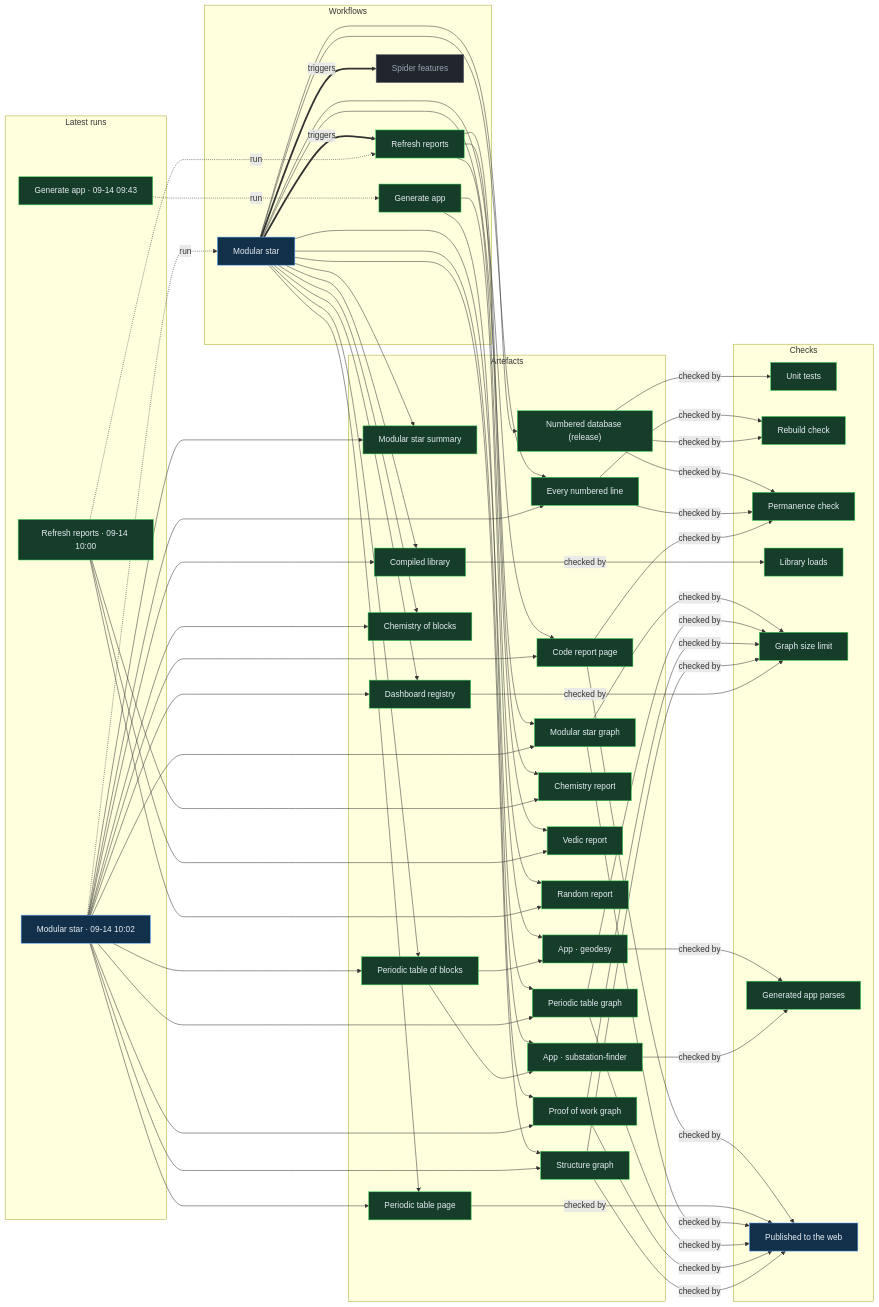
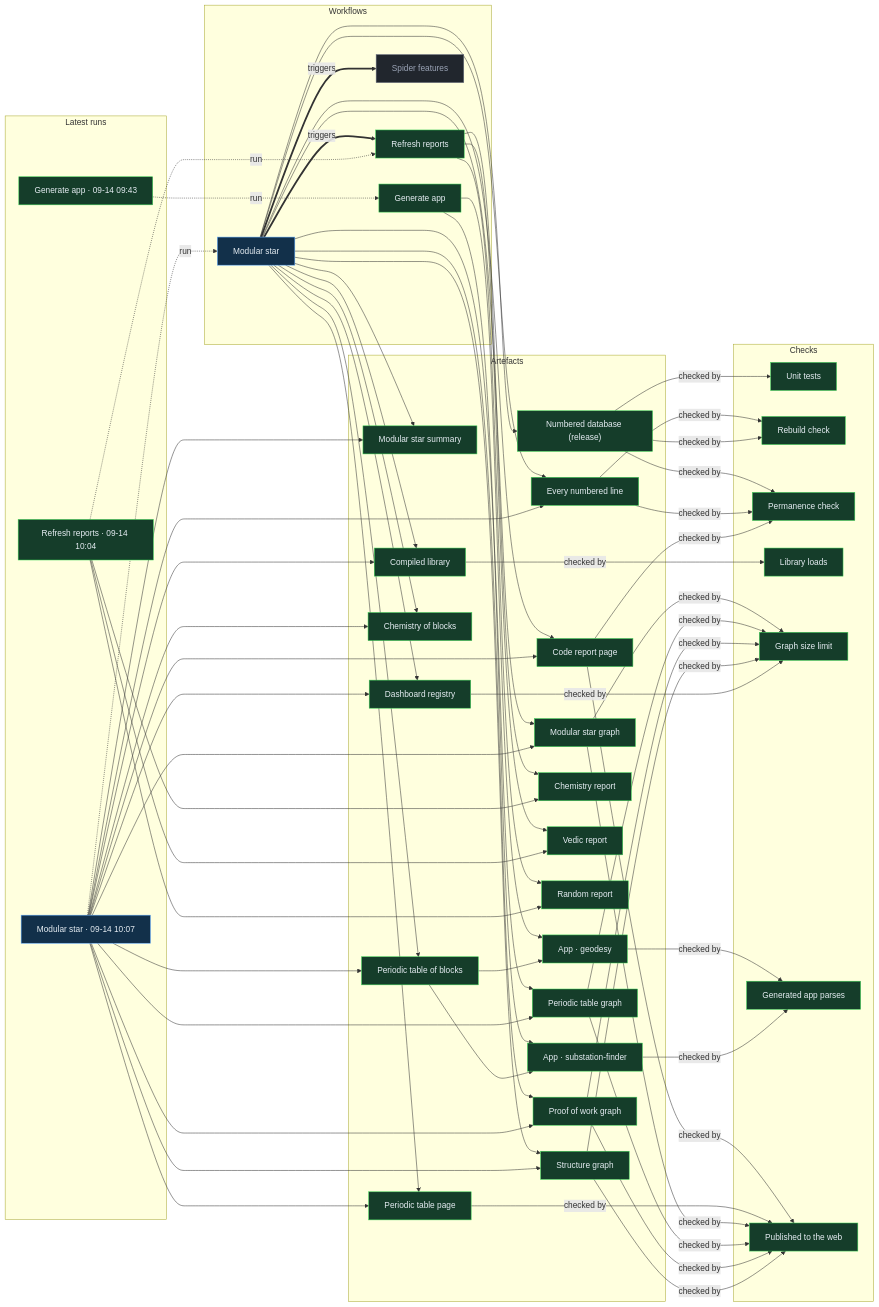
Before and after one commit to Ventusltd/stars: the diagram in proof/PROOF.md, drawn with Mermaid. The commit also changed other lines of this file and 19 other files, not shown here.

Commit message:
Modular star 2026-09-14T10:09Z

```diff
--- a/proof/PROOF.md
+++ b/proof/PROOF.md
@@ -24,8 +24,8 @@
   n_wf_spider_features["Spider features"]:::off
   end
   subgraph g_runs["Latest runs"]
-  n_run_34831133587["Modular star · 09-14 10:02"]:::live
-  n_run_34830906959["Refresh reports · 09-14 10:00"]:::ok
+  n_run_34831562812["Modular star · 09-14 10:07"]:::live
+  n_run_34831275090["Refresh reports · 09-14 10:04"]:::ok
   n_run_34829448635["Generate app · 09-14 09:43"]:::ok
   end
   subgraph g_artefacts["Artefacts"]
@@ -55,43 +55,43 @@
   n_chk_library["Library loads"]:::ok
   n_chk_size["Graph size limit"]:::ok
   n_chk_parses["Generated app parses"]:::ok
-  n_chk_pages["Published to the web"]:::live
+  n_chk_pages["Published to the web"]:::ok
   end
   n_wf_modular_star == triggers ==> n_wf_refresh
   n_wf_modular_star == triggers ==> n_wf_spider_features
-  n_run_34831133587 -. run .-> n_wf_modular_star
-  n_run_34830906959 -. run .-> n_wf_refresh
+  n_run_34831562812 -. run .-> n_wf_modular_star
+  n_run_34831275090 -. run .-> n_wf_refresh
   n_run_34829448635 -. run .-> n_wf_generate
   n_wf_modular_star --> n_art_summary
-  n_run_34831133587 --> n_art_summary
+  n_run_34831562812 --> n_art_summary
   n_wf_modular_star --> n_art_lines
-  n_run_34831133587 --> n_art_lines
+  n_run_34831562812 --> n_art_lines
   n_wf_modular_star --> n_art_code
-  n_run_34831133587 --> n_art_code
+  n_run_34831562812 --> n_art_code
   n_wf_modular_star --> n_art_modular_graph
-  n_run_34831133587 --> n_art_modular_graph
+  n_run_34831562812 --> n_art_modular_graph
   n_wf_modular_star --> n_art_blocks
-  n_run_34831133587 --> n_art_blocks
+  n_run_34831562812 --> n_art_blocks
   n_wf_modular_star --> n_art_table
-  n_run_34831133587 --> n_art_table
+  n_run_34831562812 --> n_art_table
   n_wf_modular_star --> n_art_blocks_graph
-  n_run_34831133587 --> n_art_blocks_graph
+  n_run_34831562812 --> n_art_blocks_graph
   n_wf_modular_star --> n_art_reactions
-  n_run_34831133587 --> n_art_reactions
+  n_run_34831562812 --> n_art_reactions
   n_wf_modular_star --> n_art_library
-  n_run_34831133587 --> n_art_library
+  n_run_34831562812 --> n_art_library
   n_wf_modular_star --> n_art_features
-  n_run_34831133587 --> n_art_features
+  n_run_34831562812 --> n_art_features
   n_wf_modular_star --> n_art_proof
-  n_run_34831133587 --> n_art_proof
+  n_run_34831562812 --> n_art_proof
   n_wf_modular_star --> n_art_structure
-  n_run_34831133587 --> n_art_structure
+  n_run_34831562812 --> n_art_structure
   n_wf_refresh --> n_art_chemistry
-  n_run_34830906959 --> n_art_chemistry
+  n_run_34831275090 --> n_art_chemistry
   n_wf_refresh --> n_art_vedic
-  n_run_34830906959 --> n_art_vedic
+  n_run_34831275090 --> n_art_vedic
   n_wf_refresh --> n_art_random
-  n_run_34830906959 --> n_art_random
+  n_run_34831275090 --> n_art_random
   n_wf_modular_star --> n_art_release
   n_wf_generate --> n_app_geodesy
   n_art_blocks --> n_app_geodesy
```
